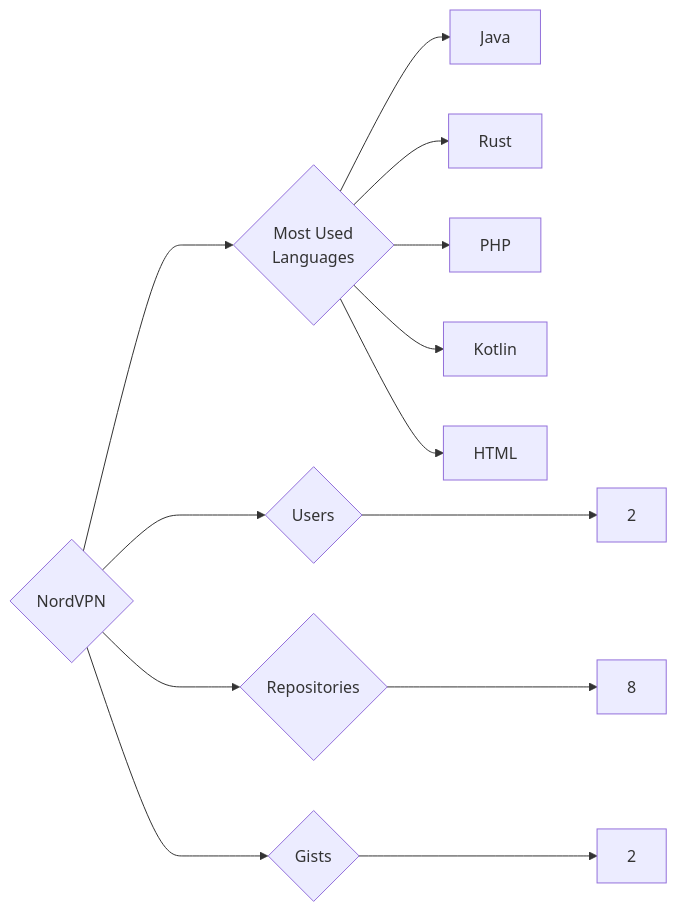
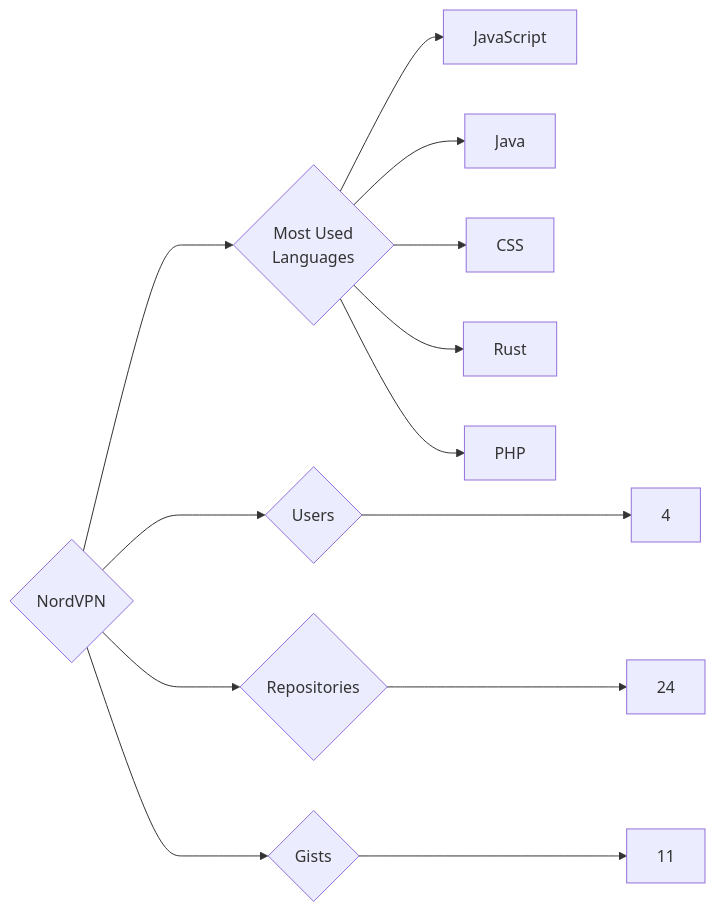
The diagram in targets/NordVPN/README.md (trickest/insiders), drawn with Mermaid before and after one commit. The commit also changed 912 other files, not shown here.

````diff
--- a/targets/NordVPN/README.md
+++ b/targets/NordVPN/README.md
@@ -3,13 +3,13 @@
 ```mermaid
 graph LR
 COMPANY_NAME{NordVPN}
-COMPANY_NAME ---> U{Users} ---> UN[2]
-COMPANY_NAME ---> R{Repositories} ---> RN[8]
-COMPANY_NAME ---> G{Gists} ---> GN[2]
+COMPANY_NAME ---> U{Users} ---> UN[4]
+COMPANY_NAME ---> R{Repositories} ---> RN[24]
+COMPANY_NAME ---> G{Gists} ---> GN[11]
 COMPANY_NAME ---> ML{Most Used<br>Languages}
+ML --> JavaScript[JavaScript]
 ML --> Java[Java]
+ML --> CSS[CSS]
 ML --> Rust[Rust]
 ML --> PHP[PHP]
-ML --> Kotlin[Kotlin]
-ML --> HTML[HTML]
 ```
````
